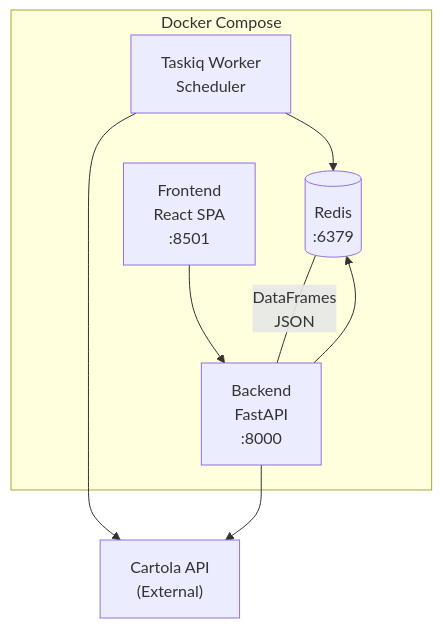
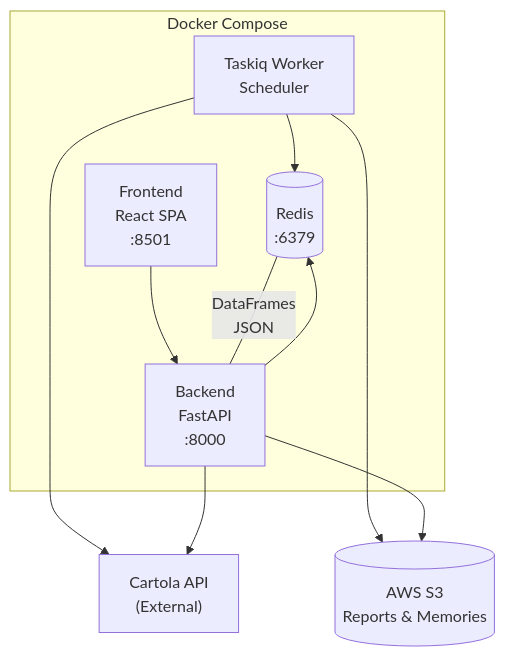
The diagram in README.md (tuliosouza99/CartolaPy), drawn with Mermaid before and after one commit. The commit also changed other lines of this file and 15 other files, not shown here.

Commit message:
Persist Dicas reports and round memories in S3

````diff
--- a/README.md
+++ b/README.md
@@ -144,17 +149,19 @@
 ```mermaid
 graph TB
     subgraph Docker Compose
         Redis[("Redis<br/>:6379")]
         Backend["Backend<br/>FastAPI<br/>:8000"]
         Frontend["Frontend<br/>React SPA<br/>:8501"]
         Taskiq["Taskiq Worker<br/>Scheduler"]
     end
 
     Backend --> Redis
     Frontend --> Backend
     Taskiq --> Redis
     Taskiq --> CartolaAPI["Cartola API<br/>(External)"]
     Backend --> CartolaAPI
+    Taskiq --> S3[("AWS S3<br/>Reports & Memories")]
+    Backend --> S3
 
     Redis ---|"DataFrames<br/>JSON"| Backend
 ```
````
